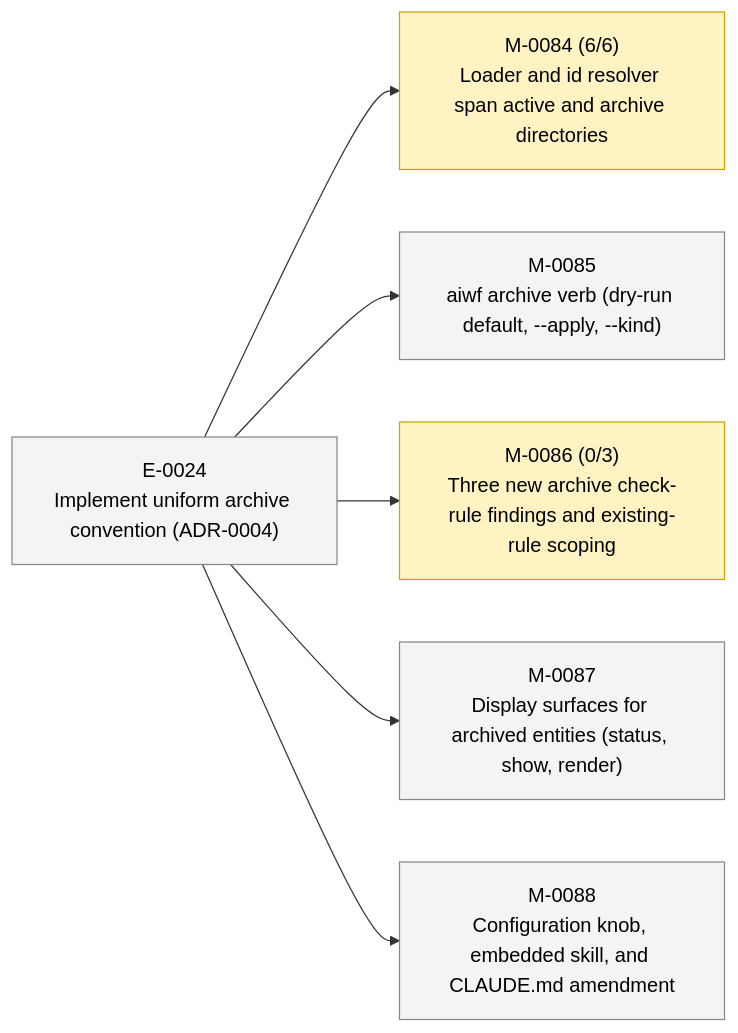
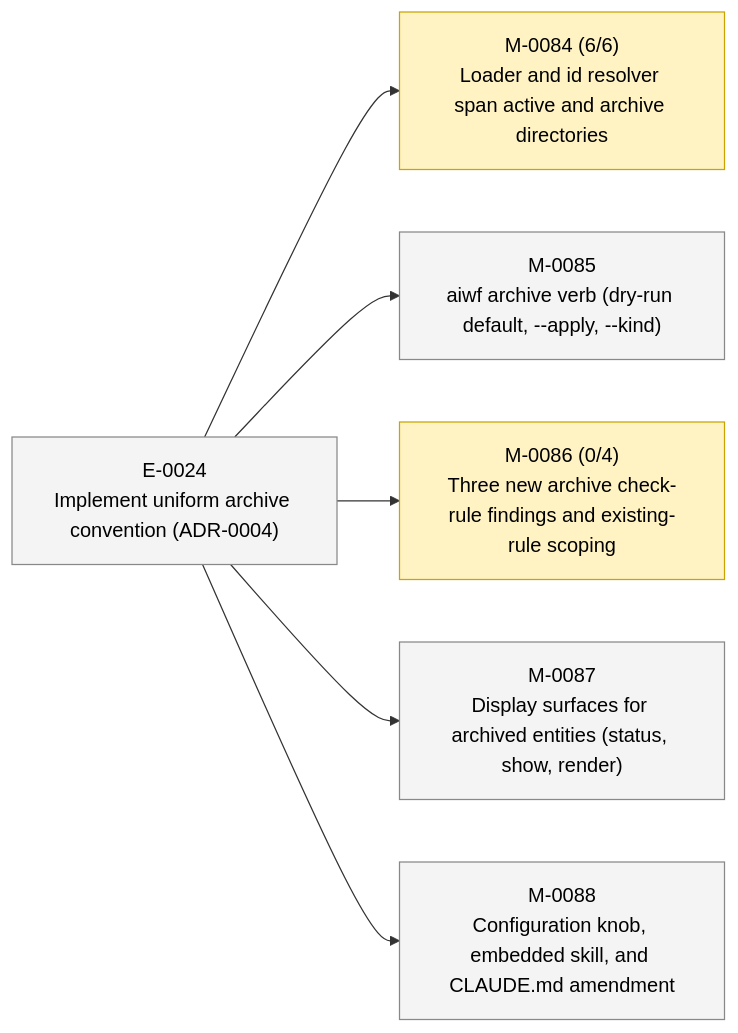
Before and after one commit to 23min/aiwf: the second of 2 diagrams in STATUS.md, drawn with Mermaid. The commit also changed other lines of this file and 1 other file, not shown here.

First line of the commit message:
aiwf add ac M-0086/AC-4 "Existing shape and health rules skip archive per ADR-0004"

````diff
--- a/STATUS.md
+++ b/STATUS.md
@@ -49,20 +49,20 @@
 ```mermaid
 flowchart LR
   E_0024["E-0024<br/>Implement uniform archive convention (ADR-0004)"]:::epic_proposed
   M_0084["M-0084 (6/6)<br/>Loader and id resolver span active and archive directories"]:::ms_in_progress
   E_0024 --> M_0084
   M_0085["M-0085<br/>aiwf archive verb (dry-run default, --apply, --kind)"]:::ms_draft
   E_0024 --> M_0085
-  M_0086["M-0086 (0/3)<br/>Three new archive check-rule findings and existing-rule scoping"]:::ms_in_progress
+  M_0086["M-0086 (0/4)<br/>Three new archive check-rule findings and existing-rule scoping"]:::ms_in_progress
   E_0024 --> M_0086
   M_0087["M-0087<br/>Display surfaces for archived entities (status, show, render)"]:::ms_draft
   E_0024 --> M_0087
   M_0088["M-0088<br/>Configuration knob, embedded skill, and CLAUDE.md amendment"]:::ms_draft
   E_0024 --> M_0088
   classDef epic_active fill:#d6eaff,stroke:#1a73e8,color:#000
   classDef epic_proposed fill:#f4f4f4,stroke:#888,color:#000
   classDef ms_done fill:#d8f5d8,stroke:#2a8a2a,color:#000
   classDef ms_in_progress fill:#fff3c4,stroke:#caa400,color:#000
   classDef ms_draft fill:#f4f4f4,stroke:#888,color:#000
   classDef ms_cancelled fill:#fbeaea,stroke:#c33,color:#000
 ```
````
